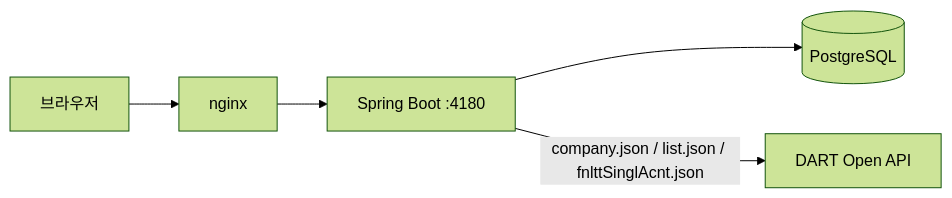
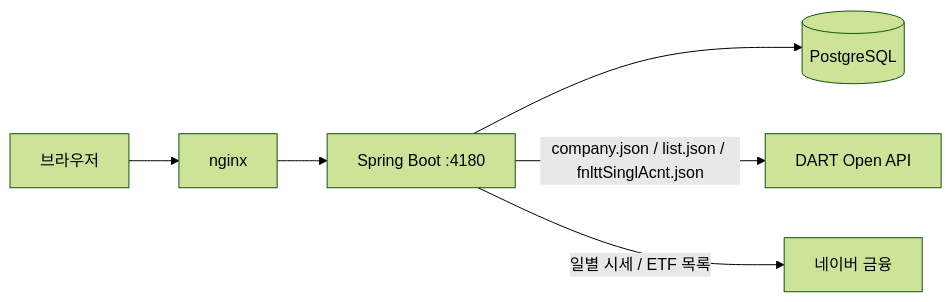
The diagram in README.md (wnstjqaodls/MKDP), drawn with Mermaid (forest theme) before and after one commit. The commit also changed other lines of this file and 1 other file, not shown here.

````diff
--- a/README.md
+++ b/README.md
@@ -33,7 +37,8 @@
 ```mermaid
 flowchart LR
     U[브라우저] --> N[nginx]
     N --> S[Spring Boot :4180]
     S --> P[(PostgreSQL)]
     S -->|company.json / list.json / fnlttSinglAcnt.json| D[DART Open API]
+    S -->|일별 시세 / ETF 목록| V[네이버 금융]
 ```
````
